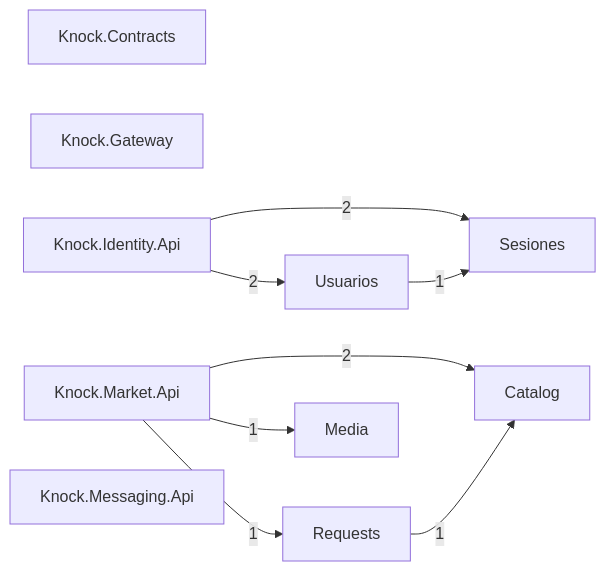
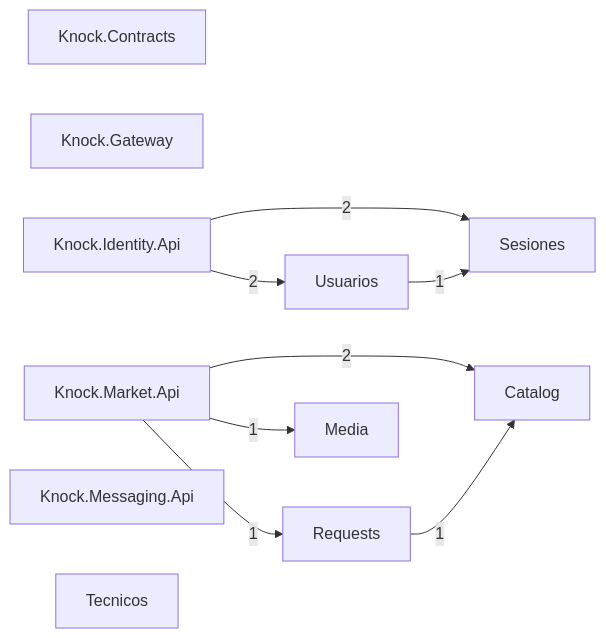
The diagram in docs/architecture/modules.mmd (Tensei-Devs/knock-backend), drawn with Mermaid before and after one commit. The commit also changed 7 other files, not shown here.

```diff
--- a/docs/architecture/modules.mmd
+++ b/docs/architecture/modules.mmd
@@ -1,18 +1,19 @@
 graph LR
   Catalog["Catalog"]
   Knock_Contracts["Knock.Contracts"]
   Knock_Gateway["Knock.Gateway"]
   Knock_Identity_Api["Knock.Identity.Api"]
   Knock_Market_Api["Knock.Market.Api"]
   Knock_Messaging_Api["Knock.Messaging.Api"]
   Media["Media"]
   Requests["Requests"]
   Sesiones["Sesiones"]
+  Tecnicos["Tecnicos"]
   Usuarios["Usuarios"]
   Knock_Identity_Api -->|2| Sesiones
   Knock_Identity_Api -->|2| Usuarios
   Knock_Market_Api -->|2| Catalog
   Knock_Market_Api -->|1| Media
   Knock_Market_Api -->|1| Requests
   Requests -->|1| Catalog
   Usuarios -->|1| Sesiones
```
